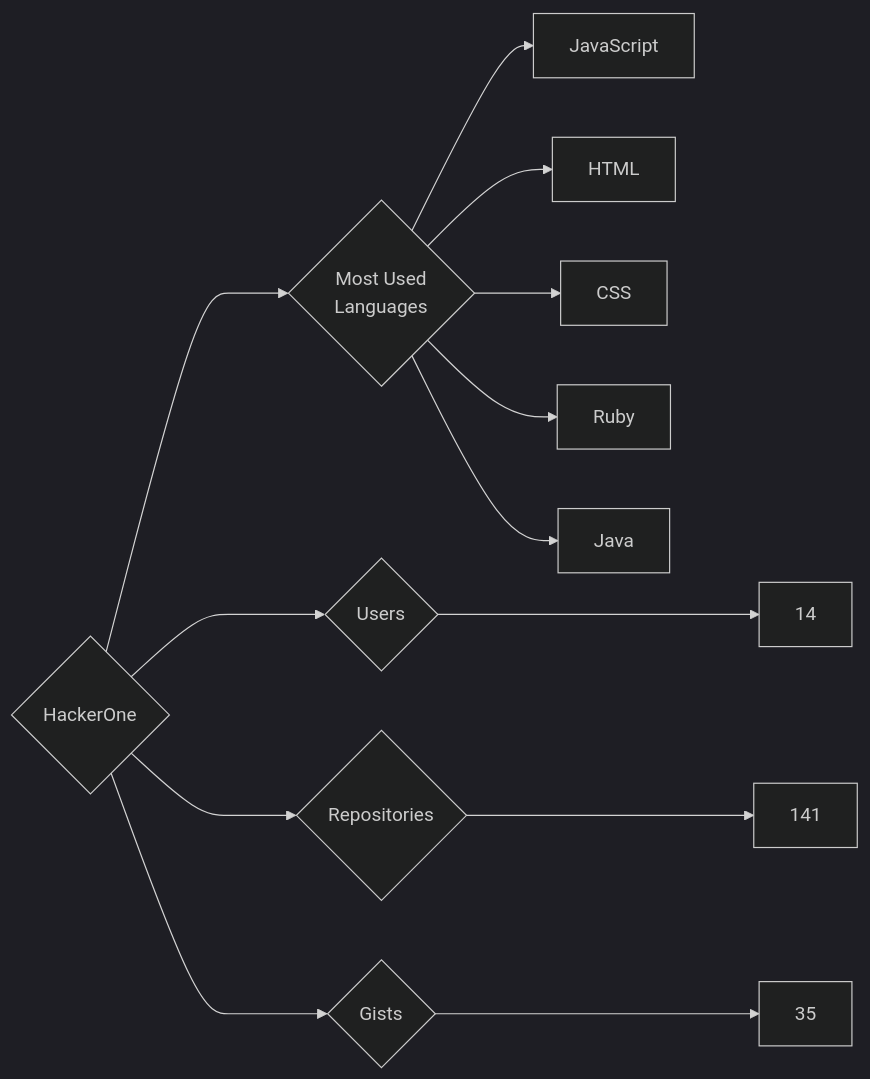
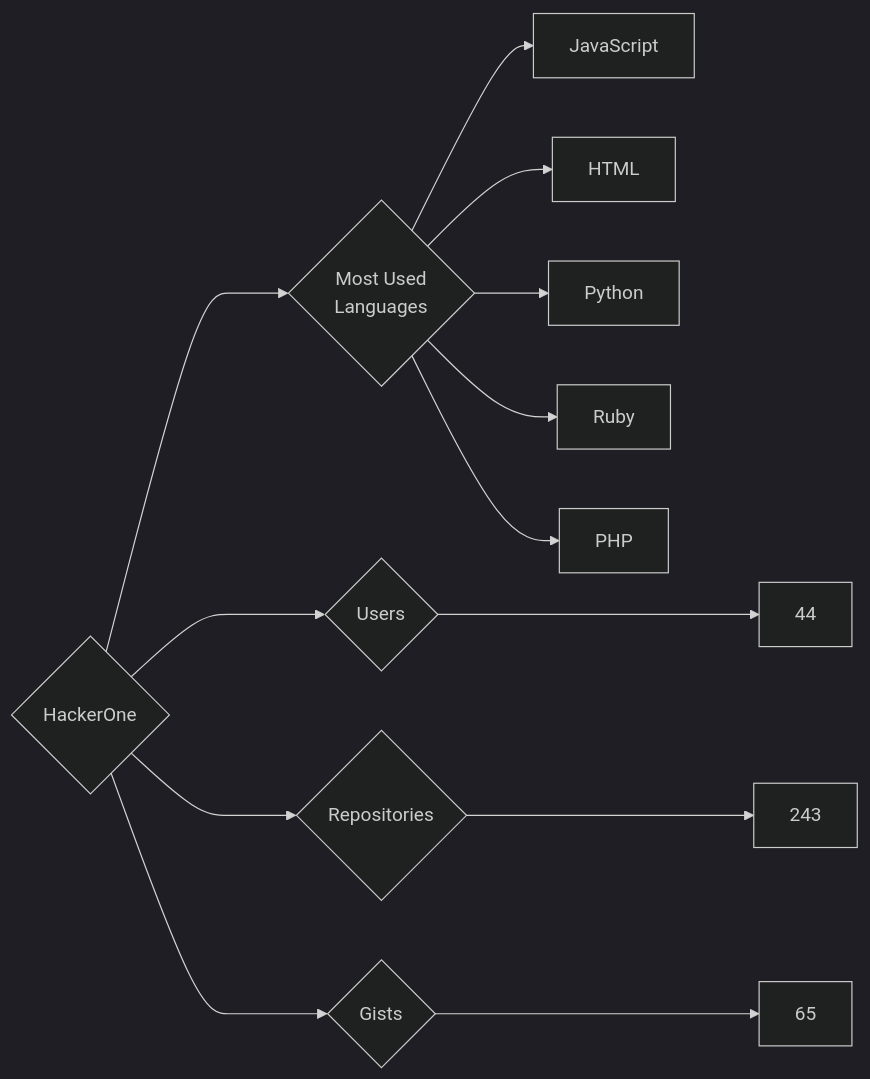
The diagram in targets/HackerOne/README.md (trickest/insiders), drawn with Mermaid (dark theme) before and after one commit. The commit also changed 814 other files, not shown here.

````diff
--- a/targets/HackerOne/README.md
+++ b/targets/HackerOne/README.md
@@ -3,13 +3,13 @@
 ```mermaid
 graph LR
 COMPANY_NAME{HackerOne}
-COMPANY_NAME ---> U{Users} ---> UN[14]
-COMPANY_NAME ---> R{Repositories} ---> RN[141]
-COMPANY_NAME ---> G{Gists} ---> GN[35]
+COMPANY_NAME ---> U{Users} ---> UN[44]
+COMPANY_NAME ---> R{Repositories} ---> RN[243]
+COMPANY_NAME ---> G{Gists} ---> GN[65]
 COMPANY_NAME ---> ML{Most Used<br>Languages}
 ML --> JavaScript[JavaScript]
 ML --> HTML[HTML]
-ML --> CSS[CSS]
+ML --> Python[Python]
 ML --> Ruby[Ruby]
-ML --> Java[Java]
+ML --> PHP[PHP]
 ```
````
